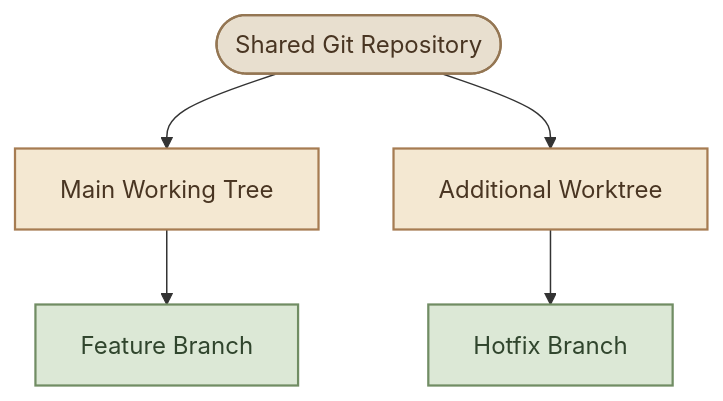
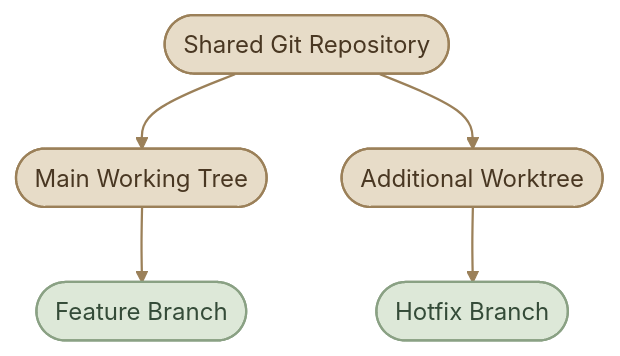
The fourth of 5 diagrams in content/version-control/Git and GitHub/git-security-and-troubleshooting.mdx (mustafammasoud/ops-handbook), drawn with Mermaid before and after one commit. The commit also changed other lines of this file and 17 other files, not shown here.

````diff
--- a/content/version-control/Git and GitHub/git-security-and-troubleshooting.mdx
+++ b/content/version-control/Git and GitHub/git-security-and-troubleshooting.mdx
@@ -557,15 +595,17 @@
 ```mermaid
 flowchart TD
-    A(["Shared Git Repository"]) --> B["Main Working Tree"]
-    A --> C["Additional Worktree"]
-    B --> D["Feature Branch"]
-    C --> E["Hotfix Branch"]
+    A(["Shared Git Repository"]) --> B(["Main Working Tree"])
+    A --> C(["Additional Worktree"])
+    B --> D(["Feature Branch"])
+    C --> E(["Hotfix Branch"])
 
-    classDef repo fill:#e8dfcf,stroke:#947653,color:#493522,stroke-width:1.5px;
-    classDef tree fill:#f4e8d2,stroke:#a67c52,color:#493522,stroke-width:1.5px;
-    classDef branch fill:#dce8d6,stroke:#718d64,color:#30452d,stroke-width:1.5px;
+    classDef repo fill:#E7DCC8,stroke:#9B8059,color:#493722,stroke-width:1.5px
+    classDef tree fill:#E7DCC8,stroke:#9B8059,color:#493722,stroke-width:1.5px
+    classDef branch fill:#DDE8D8,stroke:#8AA184,color:#344B38,stroke-width:1.5px
 
     class A repo;
     class B,C tree;
     class D,E branch;
+
+    linkStyle default stroke:#9B8059,stroke-width:1.5px
 ```
````
